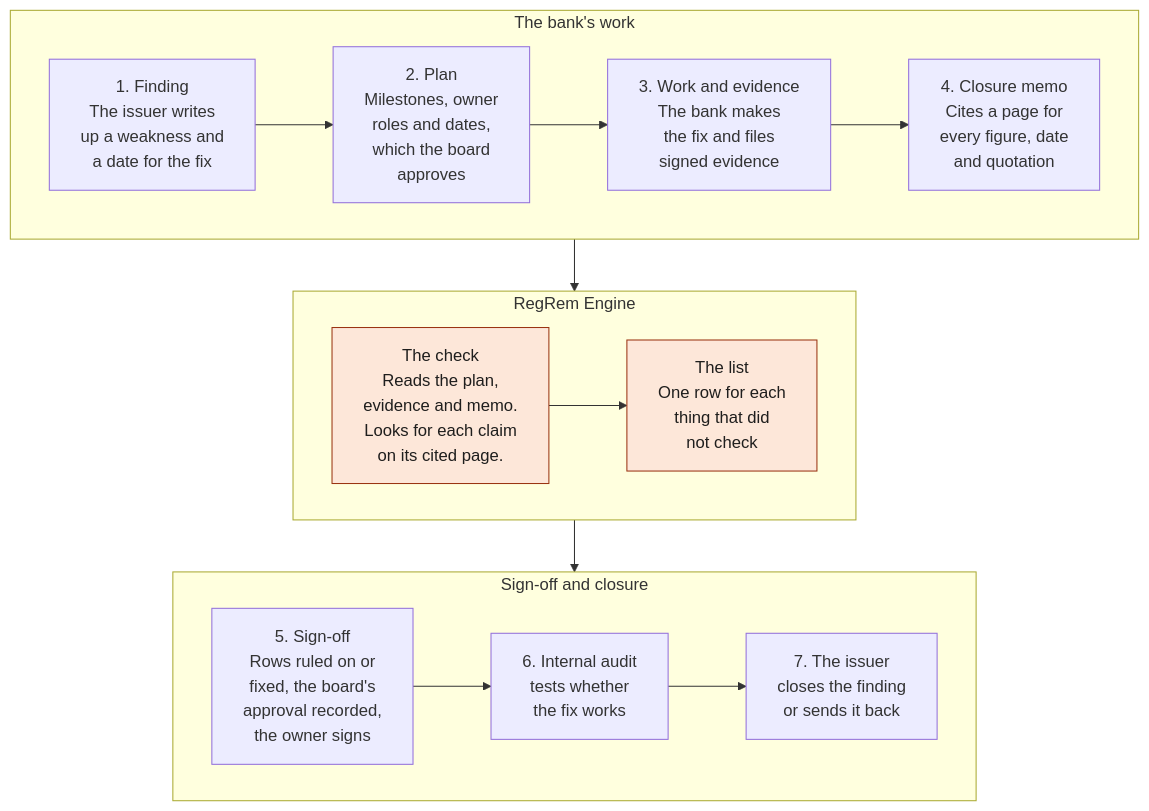
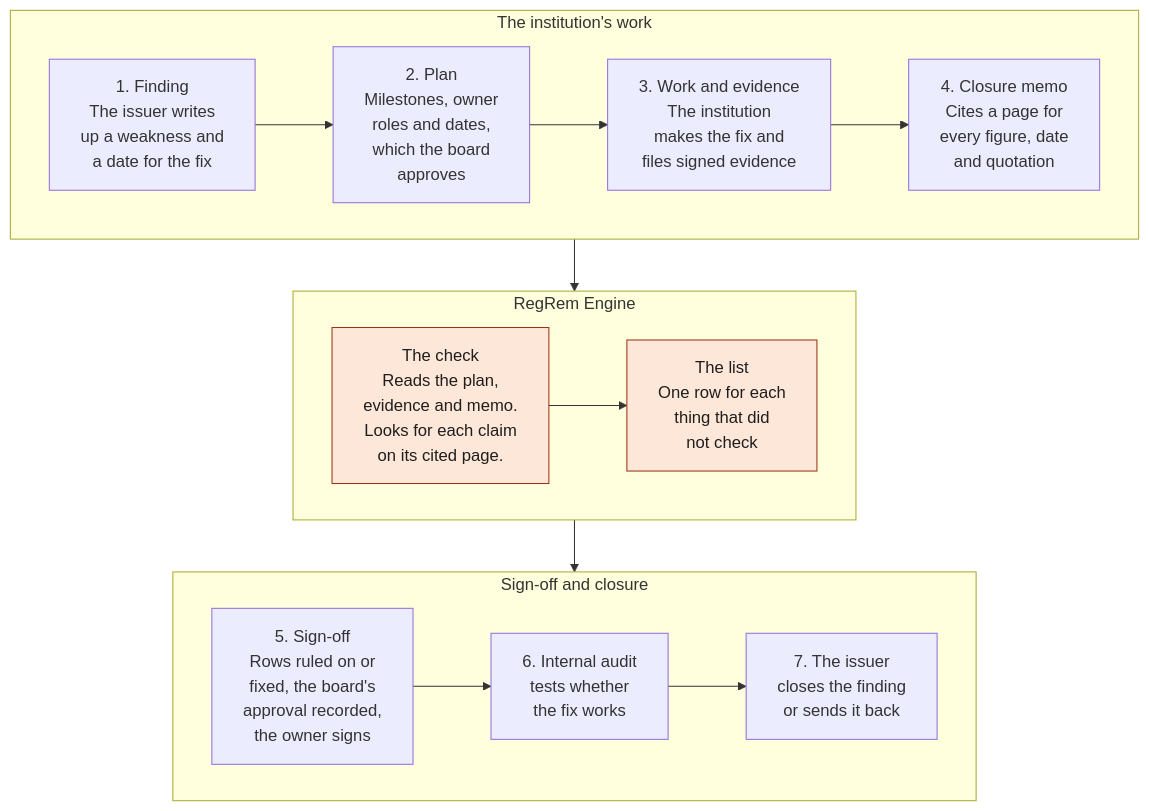
One commit to avinashsaraswat/regrem-engine changed the first of 3 diagrams in docs/how-it-works.md. Above: the diagram before and after it, drawn with Mermaid. The commit also changed other lines of this file and 22 other files, not shown here.

Commit message:
Say financial institution where the pages said bank, since remediation reaches more than banks

````diff
--- a/docs/how-it-works.md
+++ b/docs/how-it-works.md
@@ -7,27 +7,27 @@
 ```mermaid
 flowchart TD
-    subgraph work["The bank's work"]
+    subgraph work["The institution's work"]
         direction LR
         A["1. Finding<br/>The issuer writes<br/>up a weakness and<br/>a date for the fix"]
         B["2. Plan<br/>Milestones, owner<br/>roles and dates,<br/>which the board<br/>approves"]
-        C["3. Work and evidence<br/>The bank makes<br/>the fix and files<br/>signed evidence"]
+        C["3. Work and evidence<br/>The institution<br/>makes the fix and<br/>files signed evidence"]
         D["4. Closure memo<br/>Cites a page for<br/>every figure, date<br/>and quotation"]
         A --> B --> C --> D
     end
     subgraph engine["RegRem Engine"]
         direction LR
         K["The check<br/>Reads the plan,<br/>evidence and memo.<br/>Looks for each claim<br/>on its cited page."]
         L["The list<br/>One row for each<br/>thing that did<br/>not check"]
         K --> L
     end
     subgraph closure["Sign-off and closure"]
         direction LR
         S["5. Sign-off<br/>Rows ruled on or<br/>fixed, the board's<br/>approval recorded,<br/>the owner signs"]
         T["6. Internal audit<br/>tests whether<br/>the fix works"]
         X["7. The issuer<br/>closes the finding<br/>or sends it back"]
         S --> T --> X
     end
     work --> engine --> closure
     classDef shade fill:#fde7d9,stroke:#9a3412,color:#1f1e1d
     class K,L shade
 ```
````
